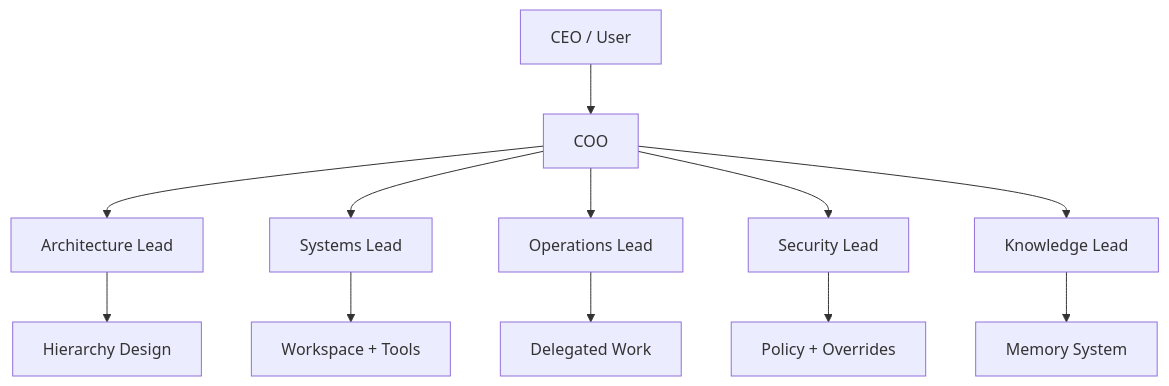
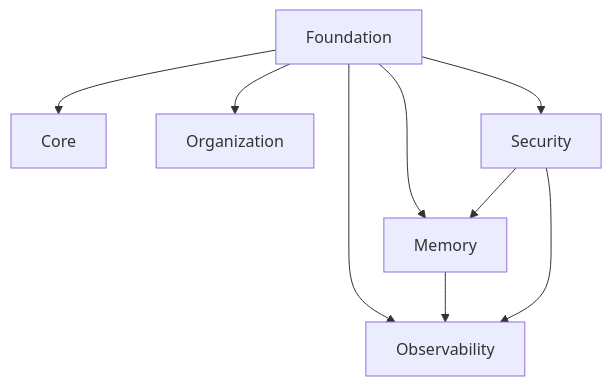
The diagram in docs/README.md (wessel05j/PAOS), drawn with Mermaid before and after one commit. The commit also changed other lines of this file and 15 other files, not shown here.

````diff
--- a/docs/README.md
+++ b/docs/README.md
@@ -20,15 +19,12 @@
 ```mermaid
 flowchart TD
-    CEO[CEO / User] --> COO[COO]
-    COO --> AL[Architecture Lead]
-    COO --> SL[Systems Lead]
-    COO --> OL[Operations Lead]
-    COO --> SecL[Security Lead]
-    COO --> KL[Knowledge Lead]
+    F[Foundation] --> C[Core]
+    F --> O[Organization]
+    F --> M[Memory]
+    F --> Obs[Observability]
+    F --> S[Security]
 
-    KL --> M[Memory System]
-    SecL --> P[Policy + Overrides]
-    OL --> W[Delegated Work]
-    AL --> H[Hierarchy Design]
-    SL --> F[Workspace + Tools]
+    M --> Obs
+    S --> M
+    S --> Obs
 ```
````
